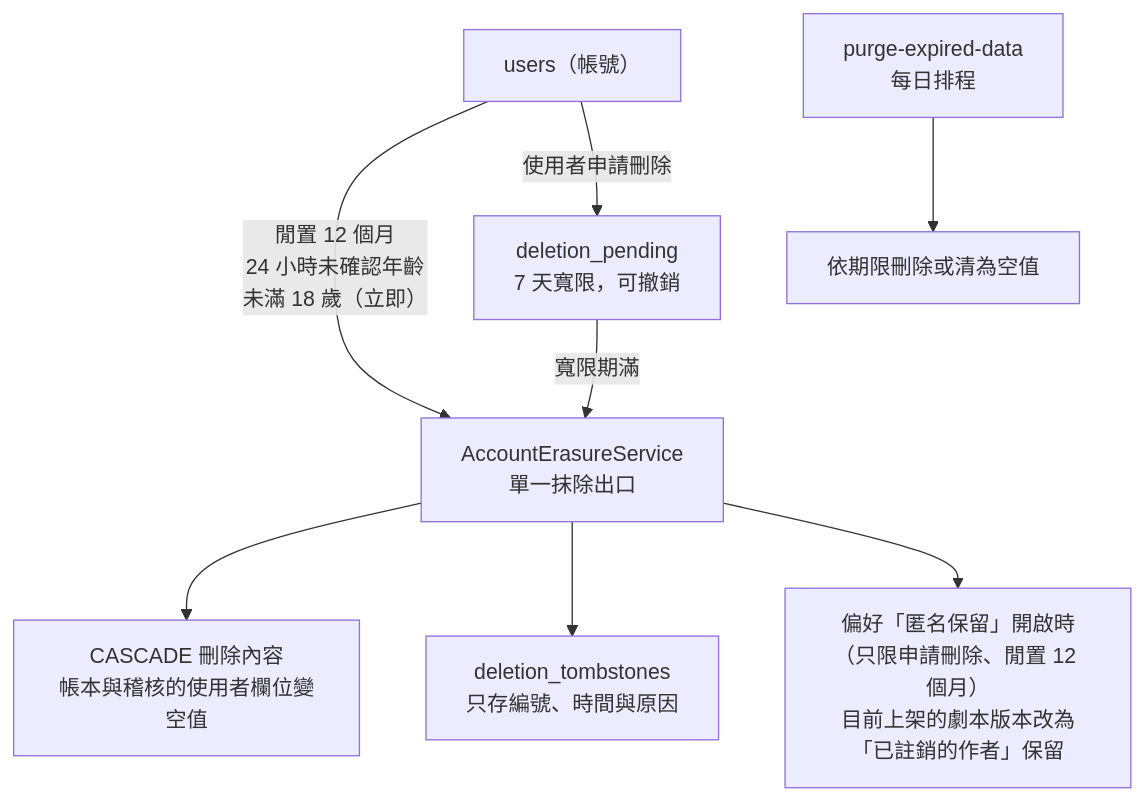
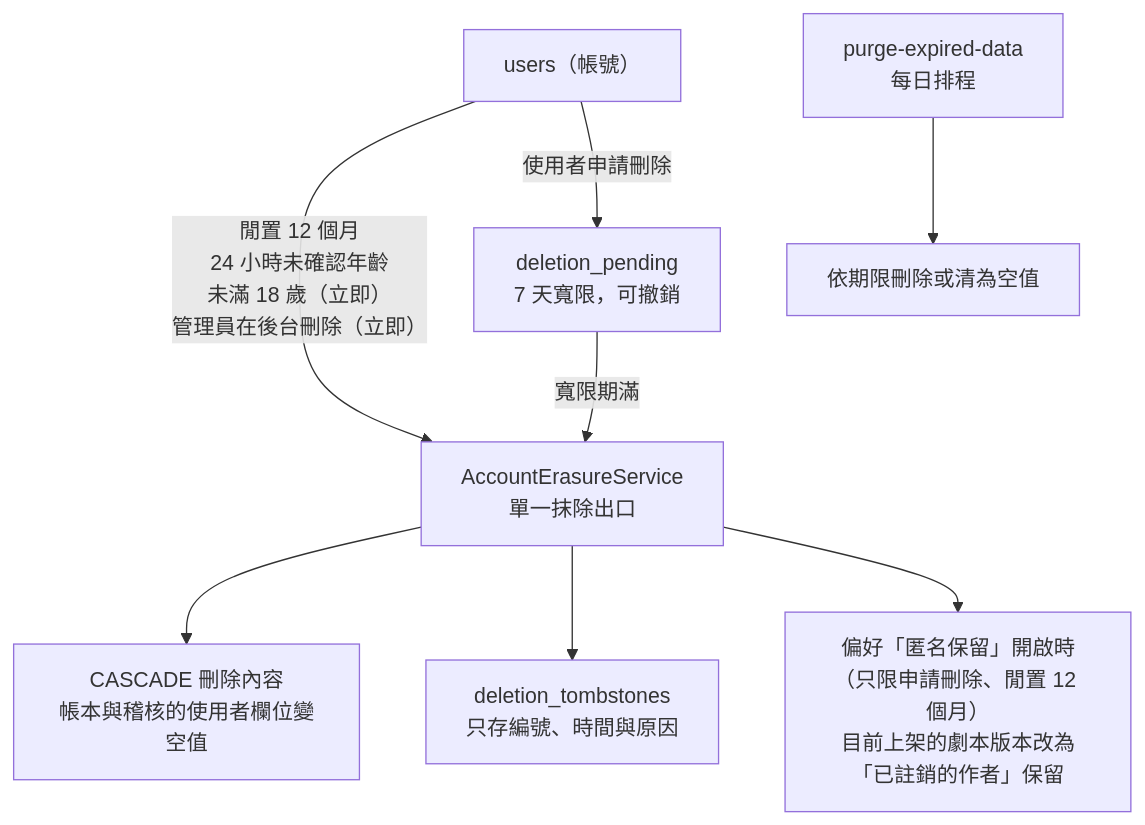
One commit to pp466pp466/R.A.C changed diagram 16 of 18 in docs/2.0簡報.md. Above: the diagram before and after it, drawn with Mermaid. The commit also changed other lines of this file and 12 other files, not shown here.

First line of the commit message:
簡報與圖解更新到 2026-11-24，新增 5.0 重點版簡報（含「開發工具」頁）

````diff
--- a/docs/2.0簡報.md
+++ b/docs/2.0簡報.md
@@ -812,10 +833,10 @@
 ```mermaid
 flowchart TD
-    Acc["users（帳號）"] -->|"閒置 12 個月<br/>24 小時未確認年齡<br/>未滿 18 歲（立即）"| Era["AccountErasureService<br/>單一抹除出口"]
+    Acc["users（帳號）"] -->|"閒置 12 個月<br/>24 小時未確認年齡<br/>未滿 18 歲（立即）<br/>管理員在後台刪除（立即）"| Era["AccountErasureService<br/>單一抹除出口"]
     Acc -->|"使用者申請刪除"| Pend["deletion_pending<br/>7 天寬限，可撤銷"]
     Pend -->|"寬限期滿"| Era
     Era --> Wipe["CASCADE 刪除內容<br/>帳本與稽核的使用者欄位變空值"]
     Era --> Tomb["deletion_tombstones<br/>只存編號、時間與原因"]
     Era --> Keep["偏好「匿名保留」開啟時（只限申請刪除、閒置 12 個月）<br/>目前上架的劇本版本改為「已註銷的作者」保留"]
     Purge["purge-expired-data<br/>每日排程"] --> Cut["依期限刪除或清為空值"]
 ```
````
